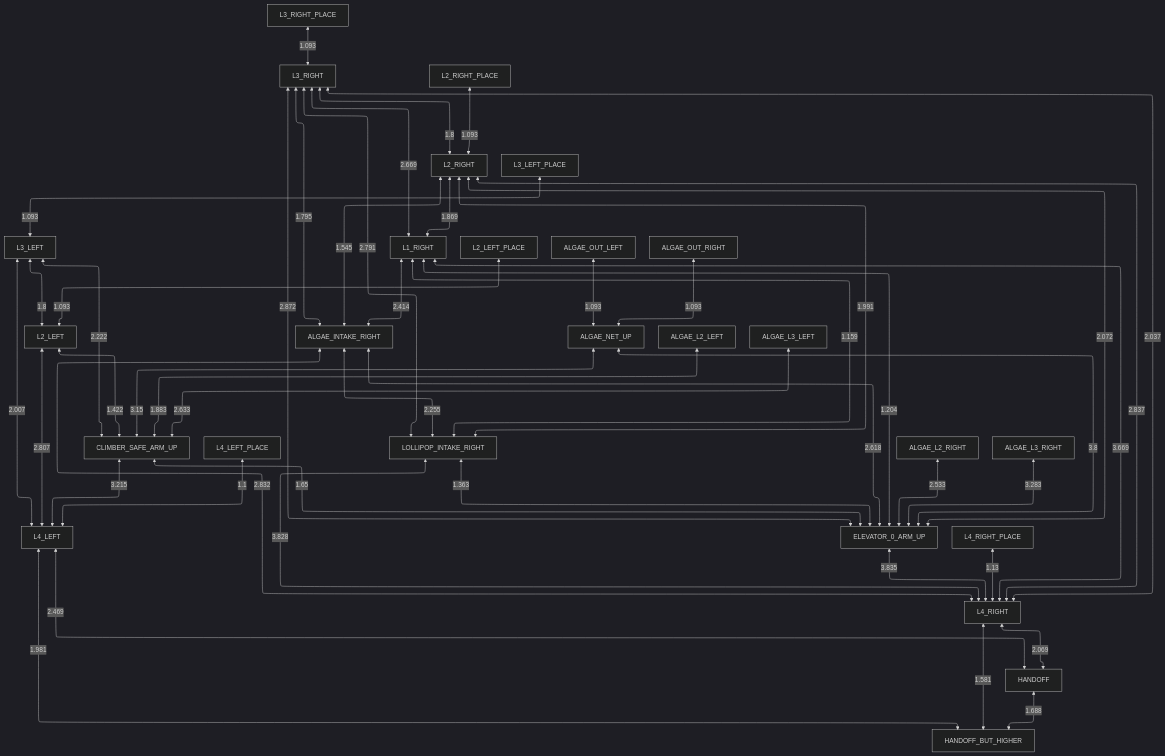
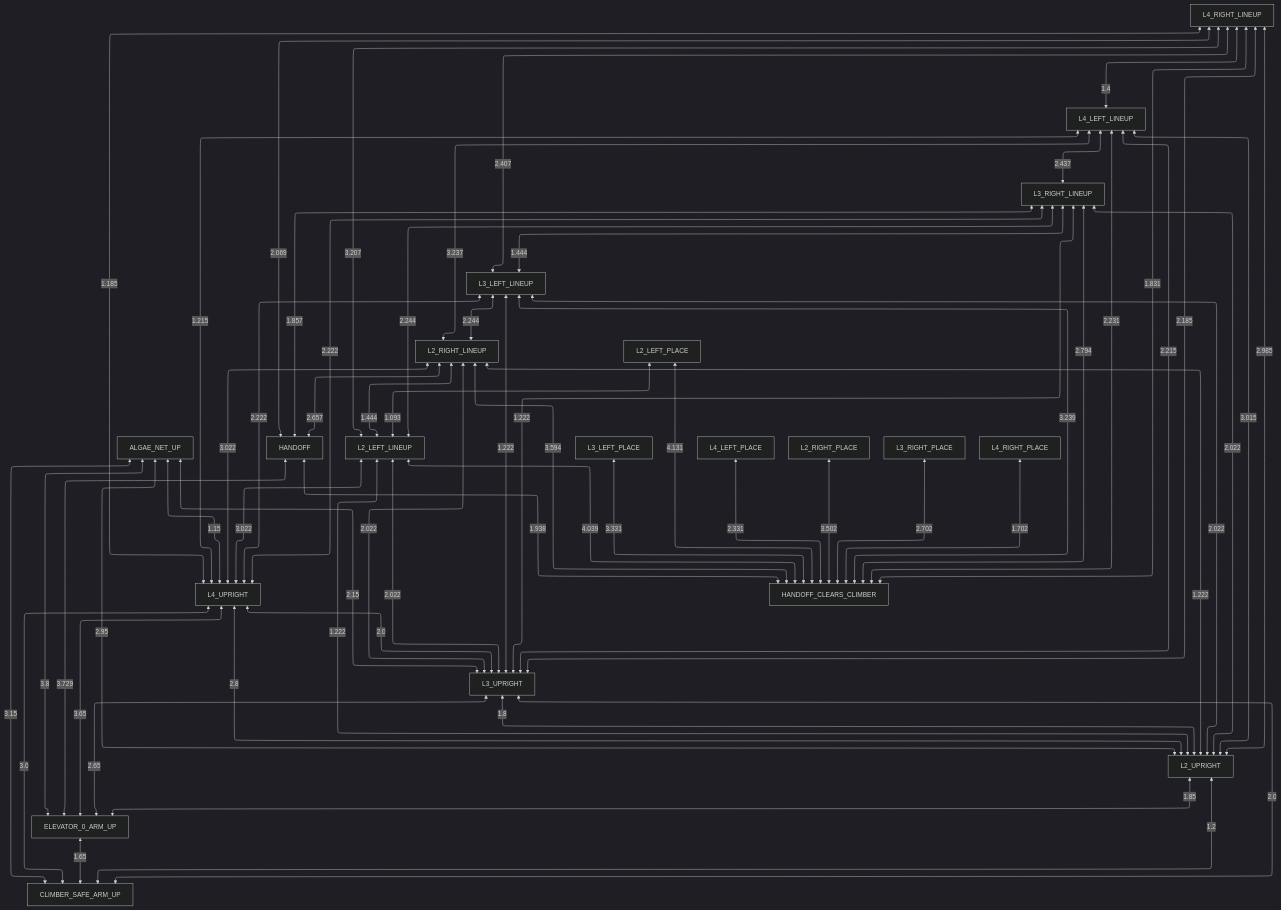
The diagram in docs/collision_avoidance/left_obstructed.md (team581/2025-beta), drawn with Mermaid (dark theme) before and after one commit. The commit also changed 7 other files, not shown here.

````diff
--- a/docs/collision_avoidance/left_obstructed.md
+++ b/docs/collision_avoidance/left_obstructed.md
@@ -3,52 +3,65 @@
 ```mermaid
 %%{ init: { "flowchart": { "defaultRenderer": "elk" } } }%%
 graph TD
 
-HANDOFF <-- 1.688 --> HANDOFF_BUT_HIGHER
-L4_LEFT <-- 1.981 --> HANDOFF_BUT_HIGHER
-L4_RIGHT <-- 1.581 --> HANDOFF_BUT_HIGHER
-L4_LEFT <-- 2.469 --> HANDOFF
-L4_RIGHT <-- 2.069 --> HANDOFF
-CLIMBER_SAFE_ARM_UP <-- 3.215 --> L4_LEFT
-L2_LEFT <-- 2.807 --> L4_LEFT
-L3_LEFT <-- 2.007 --> L4_LEFT
-L4_LEFT_PLACE <-- 1.1 --> L4_LEFT
-ELEVATOR_0_ARM_UP <-- 3.835 --> L4_RIGHT
-ALGAE_INTAKE_RIGHT <-- 2.832 --> L4_RIGHT
-LOLLIPOP_INTAKE_RIGHT <-- 3.828 --> L4_RIGHT
-L1_RIGHT <-- 3.669 --> L4_RIGHT
-L2_RIGHT <-- 2.837 --> L4_RIGHT
-L3_RIGHT <-- 2.037 --> L4_RIGHT
-L4_RIGHT_PLACE <-- 1.13 --> L4_RIGHT
-CLIMBER_SAFE_ARM_UP <-- 1.65 --> ELEVATOR_0_ARM_UP
-LOLLIPOP_INTAKE_RIGHT <-- 1.363 --> ELEVATOR_0_ARM_UP
-ALGAE_INTAKE_RIGHT <-- 2.618 --> ELEVATOR_0_ARM_UP
-L1_RIGHT <-- 1.204 --> ELEVATOR_0_ARM_UP
-L2_RIGHT <-- 2.072 --> ELEVATOR_0_ARM_UP
-L3_RIGHT <-- 2.872 --> ELEVATOR_0_ARM_UP
+ELEVATOR_0_ARM_UP <-- 1.65 --> CLIMBER_SAFE_ARM_UP
+L2_UPRIGHT <-- 1.2 --> CLIMBER_SAFE_ARM_UP
+L3_UPRIGHT <-- 2.0 --> CLIMBER_SAFE_ARM_UP
+L4_UPRIGHT <-- 3.0 --> CLIMBER_SAFE_ARM_UP
+ALGAE_NET_UP <-- 3.15 --> CLIMBER_SAFE_ARM_UP
+L2_UPRIGHT <-- 1.85 --> ELEVATOR_0_ARM_UP
+L3_UPRIGHT <-- 2.65 --> ELEVATOR_0_ARM_UP
+L4_UPRIGHT <-- 3.65 --> ELEVATOR_0_ARM_UP
 ALGAE_NET_UP <-- 3.8 --> ELEVATOR_0_ARM_UP
-ALGAE_L2_RIGHT <-- 2.533 --> ELEVATOR_0_ARM_UP
-ALGAE_L3_RIGHT <-- 3.283 --> ELEVATOR_0_ARM_UP
-L2_LEFT <-- 1.422 --> CLIMBER_SAFE_ARM_UP
-L3_LEFT <-- 2.222 --> CLIMBER_SAFE_ARM_UP
-ALGAE_NET_UP <-- 3.15 --> CLIMBER_SAFE_ARM_UP
-ALGAE_L2_LEFT <-- 1.883 --> CLIMBER_SAFE_ARM_UP
-ALGAE_L3_LEFT <-- 2.633 --> CLIMBER_SAFE_ARM_UP
-ALGAE_INTAKE_RIGHT <-- 2.255 --> LOLLIPOP_INTAKE_RIGHT
-L1_RIGHT <-- 1.159 --> LOLLIPOP_INTAKE_RIGHT
-L2_RIGHT <-- 1.991 --> LOLLIPOP_INTAKE_RIGHT
-L3_RIGHT <-- 2.791 --> LOLLIPOP_INTAKE_RIGHT
-L1_RIGHT <-- 2.414 --> ALGAE_INTAKE_RIGHT
-L2_RIGHT <-- 1.545 --> ALGAE_INTAKE_RIGHT
-L3_RIGHT <-- 1.795 --> ALGAE_INTAKE_RIGHT
-L3_LEFT <-- 1.8 --> L2_LEFT
-L2_LEFT_PLACE <-- 1.093 --> L2_LEFT
-L3_LEFT_PLACE <-- 1.093 --> L3_LEFT
-ALGAE_OUT_LEFT <-- 1.093 --> ALGAE_NET_UP
-ALGAE_OUT_RIGHT <-- 1.093 --> ALGAE_NET_UP
-L2_RIGHT <-- 1.869 --> L1_RIGHT
-L3_RIGHT <-- 2.669 --> L1_RIGHT
-L3_RIGHT <-- 1.8 --> L2_RIGHT
-L2_RIGHT_PLACE <-- 1.093 --> L2_RIGHT
-L3_RIGHT_PLACE <-- 1.093 --> L3_RIGHT
+HANDOFF <-- 3.729 --> ELEVATOR_0_ARM_UP
+L3_UPRIGHT <-- 1.8 --> L2_UPRIGHT
+L4_UPRIGHT <-- 2.8 --> L2_UPRIGHT
+ALGAE_NET_UP <-- 2.95 --> L2_UPRIGHT
+L2_LEFT_LINEUP <-- 1.222 --> L2_UPRIGHT
+L2_RIGHT_LINEUP <-- 1.222 --> L2_UPRIGHT
+L3_LEFT_LINEUP <-- 2.022 --> L2_UPRIGHT
+L4_LEFT_LINEUP <-- 3.015 --> L2_UPRIGHT
+L3_RIGHT_LINEUP <-- 2.022 --> L2_UPRIGHT
+L4_RIGHT_LINEUP <-- 2.985 --> L2_UPRIGHT
+L4_UPRIGHT <-- 2.0 --> L3_UPRIGHT
+ALGAE_NET_UP <-- 2.15 --> L3_UPRIGHT
+L3_LEFT_LINEUP <-- 1.222 --> L3_UPRIGHT
+L3_RIGHT_LINEUP <-- 1.222 --> L3_UPRIGHT
+L2_LEFT_LINEUP <-- 2.022 --> L3_UPRIGHT
+L4_LEFT_LINEUP <-- 2.215 --> L3_UPRIGHT
+L2_RIGHT_LINEUP <-- 2.022 --> L3_UPRIGHT
+L4_RIGHT_LINEUP <-- 2.185 --> L3_UPRIGHT
+ALGAE_NET_UP <-- 1.15 --> L4_UPRIGHT
+L4_LEFT_LINEUP <-- 1.215 --> L4_UPRIGHT
+L4_RIGHT_LINEUP <-- 1.185 --> L4_UPRIGHT
+L2_LEFT_LINEUP <-- 3.022 --> L4_UPRIGHT
+L3_LEFT_LINEUP <-- 2.222 --> L4_UPRIGHT
+L2_RIGHT_LINEUP <-- 3.022 --> L4_UPRIGHT
+L3_RIGHT_LINEUP <-- 2.222 --> L4_UPRIGHT
+HANDOFF <-- 1.938 --> HANDOFF_CLEARS_CLIMBER
+L2_LEFT_LINEUP <-- 4.039 --> HANDOFF_CLEARS_CLIMBER
+L3_LEFT_LINEUP <-- 3.239 --> HANDOFF_CLEARS_CLIMBER
+L4_LEFT_LINEUP <-- 2.231 --> HANDOFF_CLEARS_CLIMBER
+L2_RIGHT_LINEUP <-- 3.594 --> HANDOFF_CLEARS_CLIMBER
+L3_RIGHT_LINEUP <-- 2.794 --> HANDOFF_CLEARS_CLIMBER
+L4_RIGHT_LINEUP <-- 1.831 --> HANDOFF_CLEARS_CLIMBER
+L2_LEFT_PLACE <-- 4.131 --> HANDOFF_CLEARS_CLIMBER
+L3_LEFT_PLACE <-- 3.331 --> HANDOFF_CLEARS_CLIMBER
+L4_LEFT_PLACE <-- 2.331 --> HANDOFF_CLEARS_CLIMBER
+L2_RIGHT_PLACE <-- 3.502 --> HANDOFF_CLEARS_CLIMBER
+L3_RIGHT_PLACE <-- 2.702 --> HANDOFF_CLEARS_CLIMBER
+L4_RIGHT_PLACE <-- 1.702 --> HANDOFF_CLEARS_CLIMBER
+L2_RIGHT_LINEUP <-- 2.657 --> HANDOFF
+L3_RIGHT_LINEUP <-- 1.857 --> HANDOFF
+L4_RIGHT_LINEUP <-- 2.069 --> HANDOFF
+L2_RIGHT_LINEUP <-- 1.444 --> L2_LEFT_LINEUP
+L3_RIGHT_LINEUP <-- 2.244 --> L2_LEFT_LINEUP
+L4_RIGHT_LINEUP <-- 3.207 --> L2_LEFT_LINEUP
+L2_LEFT_PLACE <-- 1.093 --> L2_LEFT_LINEUP
+L3_LEFT_LINEUP <-- 2.244 --> L2_RIGHT_LINEUP
+L4_LEFT_LINEUP <-- 3.237 --> L2_RIGHT_LINEUP
+L3_RIGHT_LINEUP <-- 1.444 --> L3_LEFT_LINEUP
+L4_RIGHT_LINEUP <-- 2.407 --> L3_LEFT_LINEUP
+L4_LEFT_LINEUP <-- 2.437 --> L3_RIGHT_LINEUP
+L4_RIGHT_LINEUP <-- 1.4 --> L4_LEFT_LINEUP
 ```
````
